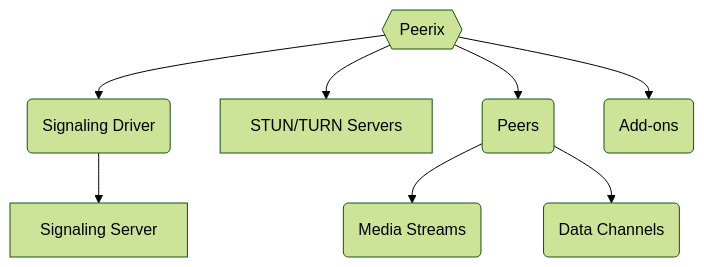
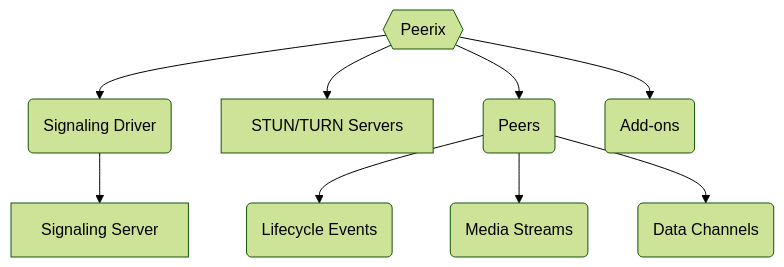
Before and after one commit to meefik/peerix: the diagram in README.md, drawn with Mermaid (forest theme). The commit also changed other lines of this file and 11 other files, not shown here.

````diff
--- a/README.md
+++ b/README.md
@@ -21,10 +21,11 @@
 ```mermaid
 graph TD
   PX{{Peerix}} --> SD(Signaling Driver)
   SD --> SS[Signaling Server]
   PX --> ICE[STUN/TURN Servers]
   PX --> PC(Peers)
+  PC --> LCE(Lifecycle Events)
   PC --> MS(Media Streams)
   PC --> DC(Data Channels)
   PX --> ADD(Add-ons)
 ```
````
